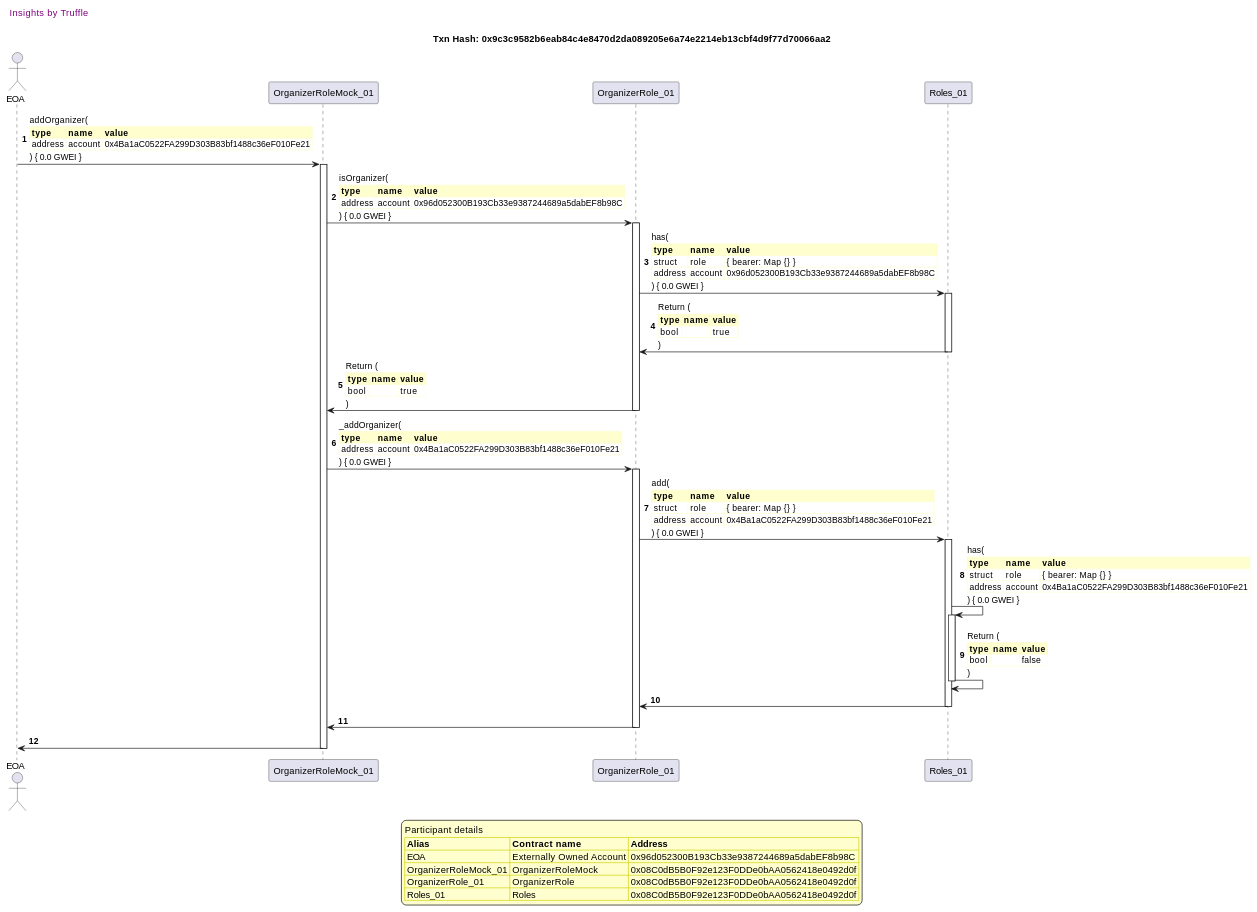
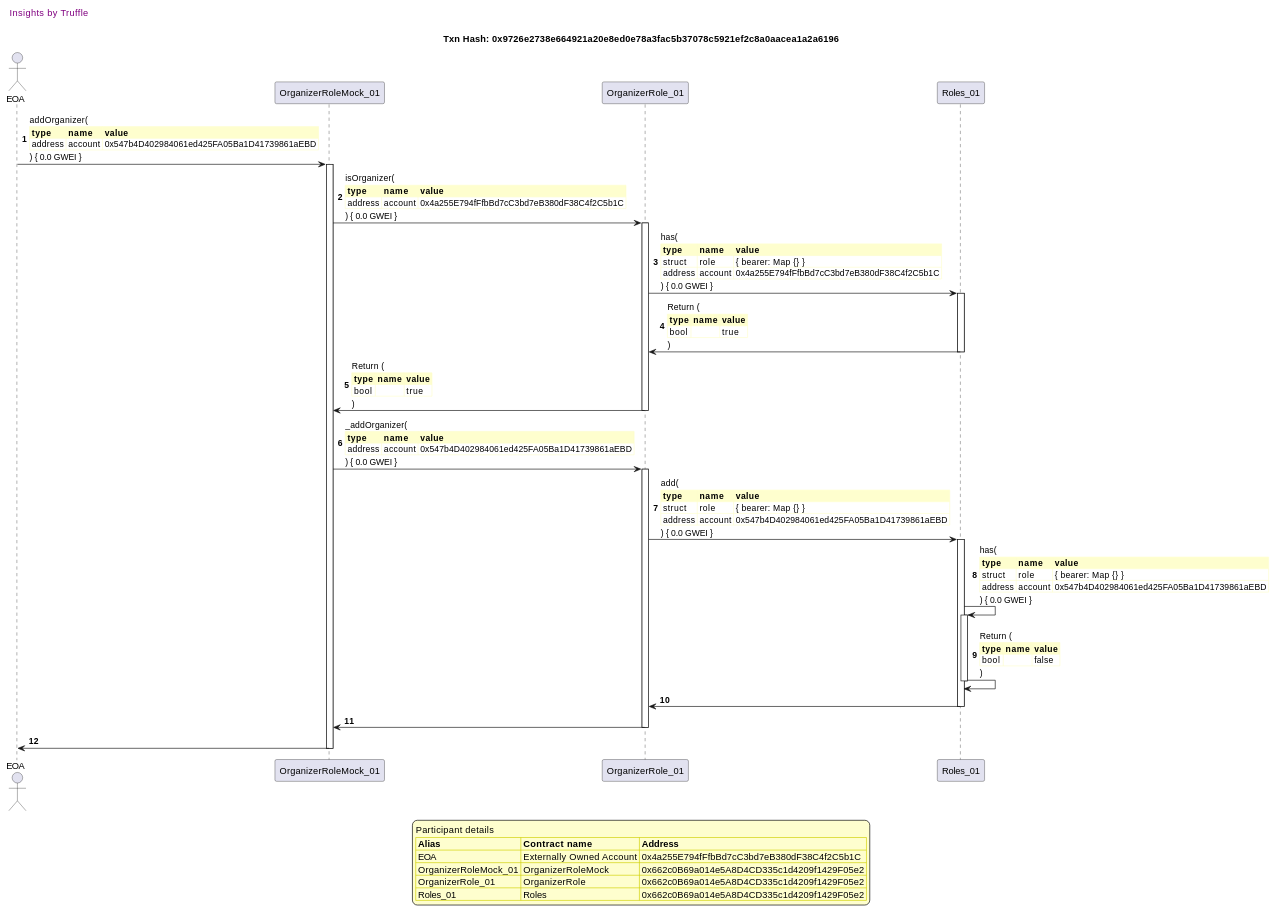
Before and after one commit to fodisi/hackapay: diagram 14 of 41 in truffle-seq/roles_organizerrole.md, drawn with PlantUML. The commit also changed other lines of this file and 10 other files, not shown here.

````diff
--- a/truffle-seq/roles_organizerrole.md
+++ b/truffle-seq/roles_organizerrole.md
@@ -1049,81 +1049,81 @@
 ```plantuml
 
 
 @startuml
 
 autonumber
 skinparam legendBackgroundColor #FEFECE
 
 <style>
       header {
         HorizontalAlignment left
         FontColor purple
         FontSize 14
         Padding 10
       }
     </style>
 
 header Insights by Truffle
 
-title Txn Hash: 0x9c3c9582b6eab84c4e8470d2da089205e6a74e2214eb13cbf4d9f77d70066aa2
+title Txn Hash: 0x9726e2738e664921a20e8ed0e78a3fac5b37078c5921ef2c8a0aacea1a2a6196
 
 
 actor EOA as "EOA"
 participant OrganizerRoleMock_01 as "OrganizerRoleMock_01"
 participant OrganizerRole_01 as "OrganizerRole_01"
 participant Roles_01 as "Roles_01"
 
 "EOA" -> "OrganizerRoleMock_01" ++: addOrganizer(\n\
 <#FEFECE,#FEFECE>|= type |= name |= value |\n\
-| address | account | 0x4Ba1aC0522FA299D303B83bf1488c36eF010Fe21 |\n\
+| address | account | 0x547b4D402984061ed425FA05Ba1D41739861aEBD |\n\
 ) { 0.0 GWEI }
 "OrganizerRoleMock_01" -> "OrganizerRole_01" ++: isOrganizer(\n\
 <#FEFECE,#FEFECE>|= type |= name |= value |\n\
-| address | account | 0x96d052300B193Cb33e9387244689a5dabEF8b98C |\n\
+| address | account | 0x4a255E794fFfbBd7cC3bd7eB380dF38C4f2C5b1C |\n\
 ) { 0.0 GWEI }
 "OrganizerRole_01" -> "Roles_01" ++: has(\n\
 <#FEFECE,#FEFECE>|= type |= name |= value |\n\
 | struct | role | { bearer: Map {} } |\n\
-| address | account | 0x96d052300B193Cb33e9387244689a5dabEF8b98C |\n\
+| address | account | 0x4a255E794fFfbBd7cC3bd7eB380dF38C4f2C5b1C |\n\
 ) { 0.0 GWEI }
 "Roles_01" -> "OrganizerRole_01" --: Return (\n\
 <#FEFECE,#FEFECE>|= type |= name |= value |\n\
 | bool |  | true |\n\
 )
 "OrganizerRole_01" -> "OrganizerRoleMock_01" --: Return (\n\
 <#FEFECE,#FEFECE>|= type |= name |= value |\n\
 | bool |  | true |\n\
 )
 "OrganizerRoleMock_01" -> "OrganizerRole_01" ++: _addOrganizer(\n\
 <#FEFECE,#FEFECE>|= type |= name |= value |\n\
-| address | account | 0x4Ba1aC0522FA299D303B83bf1488c36eF010Fe21 |\n\
+| address | account | 0x547b4D402984061ed425FA05Ba1D41739861aEBD |\n\
 ) { 0.0 GWEI }
 "OrganizerRole_01" -> "Roles_01" ++: add(\n\
 <#FEFECE,#FEFECE>|= type |= name |= value |\n\
 | struct | role | { bearer: Map {} } |\n\
-| address | account | 0x4Ba1aC0522FA299D303B83bf1488c36eF010Fe21 |\n\
+| address | account | 0x547b4D402984061ed425FA05Ba1D41739861aEBD |\n\
 ) { 0.0 GWEI }
 "Roles_01" -> "Roles_01" ++: has(\n\
 <#FEFECE,#FEFECE>|= type |= name |= value |\n\
 | struct | role | { bearer: Map {} } |\n\
-| address | account | 0x4Ba1aC0522FA299D303B83bf1488c36eF010Fe21 |\n\
+| address | account | 0x547b4D402984061ed425FA05Ba1D41739861aEBD |\n\
 ) { 0.0 GWEI }
 "Roles_01" -> "Roles_01" --: Return (\n\
 <#FEFECE,#FEFECE>|= type |= name |= value |\n\
 | bool |  | false |\n\
 )
 "Roles_01" -> "OrganizerRole_01" --: 
 "OrganizerRole_01" -> "OrganizerRoleMock_01" --: 
 "OrganizerRoleMock_01" -> "EOA" --: 
 
 legend
 Participant details
 <#FEFECE,#D0D000>|= Alias |= Contract name |= Address |
-<#FEFECE>| EOA | Externally Owned Account | 0x96d052300B193Cb33e9387244689a5dabEF8b98C |
-<#FEFECE>| OrganizerRoleMock_01 | OrganizerRoleMock | 0x08C0dB5B0F92e123F0DDe0bAA0562418e0492d0f |
-<#FEFECE>| OrganizerRole_01 | OrganizerRole | 0x08C0dB5B0F92e123F0DDe0bAA0562418e0492d0f |
-<#FEFECE>| Roles_01 | Roles | 0x08C0dB5B0F92e123F0DDe0bAA0562418e0492d0f |
+<#FEFECE>| EOA | Externally Owned Account | 0x4a255E794fFfbBd7cC3bd7eB380dF38C4f2C5b1C |
+<#FEFECE>| OrganizerRoleMock_01 | OrganizerRoleMock | 0x662c0B69a014e5A8D4CD335c1d4209f1429F05e2 |
+<#FEFECE>| OrganizerRole_01 | OrganizerRole | 0x662c0B69a014e5A8D4CD335c1d4209f1429F05e2 |
+<#FEFECE>| Roles_01 | Roles | 0x662c0B69a014e5A8D4CD335c1d4209f1429F05e2 |
 endlegend
 
 @enduml
 ```
````
